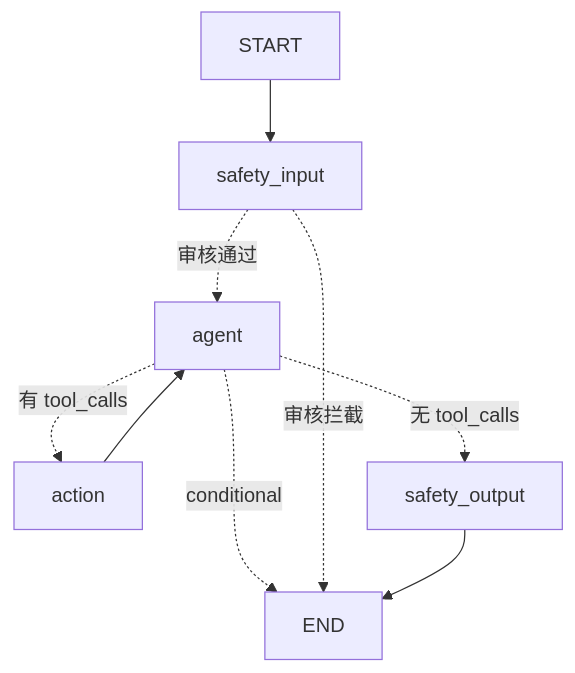
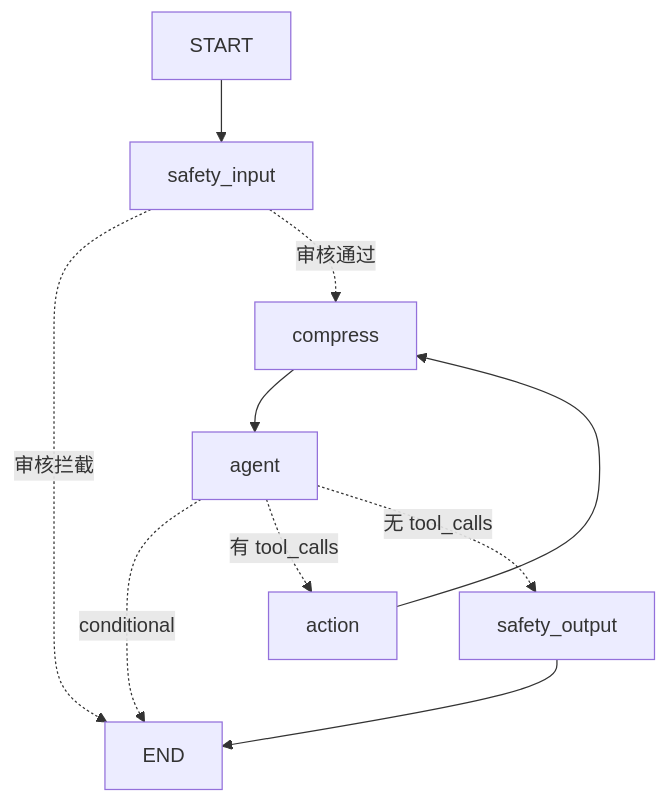
Before and after one commit to xiao-Huahuo/Agent-Core-Service: the diagram in agent_graph_react.mmd, drawn with Mermaid. The commit also changed 18 other files, not shown here.

```diff
--- a/agent_graph_react.mmd
+++ b/agent_graph_react.mmd
@@ -1,15 +1,17 @@
 flowchart TD
     internal_start["START"]
     safety_input["safety_input"]
+    compress["compress"]
     agent["agent"]
     action["action"]
     safety_output["safety_output"]
     internal_end["END"]
     internal_start --> safety_input
-    action --> agent
+    action --> compress
     agent -. "conditional" .-> internal_end
     agent -. "有 tool_calls" .-> action
     agent -. "无 tool_calls" .-> safety_output
+    compress --> agent
     safety_input -. "审核拦截" .-> internal_end
-    safety_input -. "审核通过" .-> agent
+    safety_input -. "审核通过" .-> compress
     safety_output --> internal_end
```
